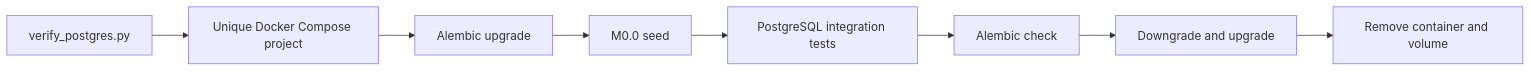
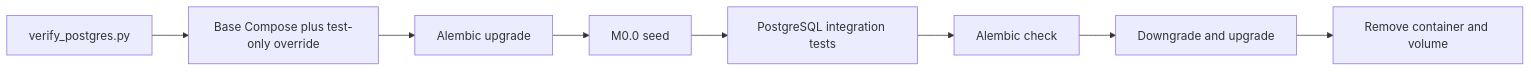
The fourth of 9 diagrams in backend/scripts/README.md (rnkraus/investment-research), drawn with Mermaid before and after one commit. The commit also changed other lines of this file and 14 other files, not shown here.

````diff
--- a/backend/scripts/README.md
+++ b/backend/scripts/README.md
@@ -92,10 +92,10 @@
 ```mermaid
 flowchart LR
-    COMMAND[verify_postgres.py] --> DOCKER[Unique Docker Compose project]
+    COMMAND[verify_postgres.py] --> DOCKER[Base Compose plus test-only override]
     DOCKER --> MIGRATE[Alembic upgrade]
     MIGRATE --> SEED[M0.0 seed]
     SEED --> TESTS[PostgreSQL integration tests]
     TESTS --> DRIFT[Alembic check]
     DRIFT --> CYCLE[Downgrade and upgrade]
     CYCLE --> CLEANUP[Remove container and volume]
 ```
````
